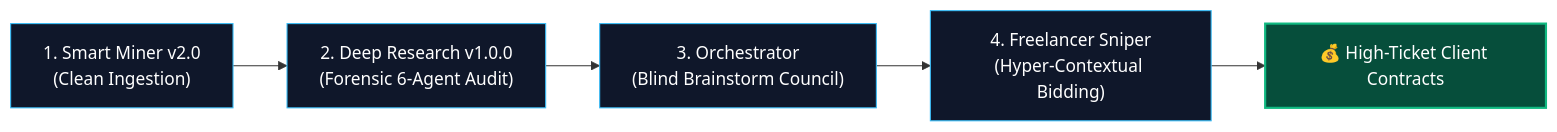
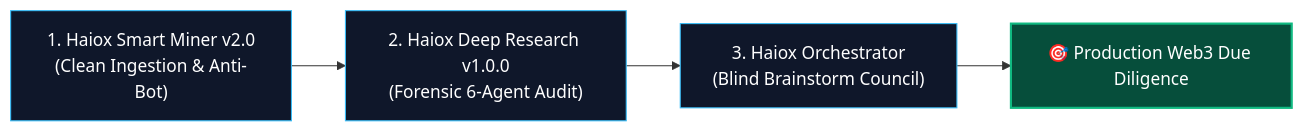
Before and after one commit to haiox/Haiox_Deep_Research: the first of 2 diagrams in README.md, drawn with Mermaid. The commit also changed other lines of this file, not shown here.

Commit message:
sec(opsec): scrub stealth freelance references from public architecture diagram

````diff
--- a/README.md
+++ b/README.md
@@ -16,11 +16,10 @@
 ```mermaid
 graph LR
     classDef step fill:#0f172a,stroke:#38bdf8,stroke-width:1px,color:#fff;
     classDef target fill:#064e3b,stroke:#10b981,stroke-width:2px,color:#fff;
 
-    P1["1. Smart Miner v2.0<br/>(Clean Ingestion)"]:::step 
-    --> P2["2. Deep Research v1.0.0<br/>(Forensic 6-Agent Audit)"]:::step
-    --> P3["3. Orchestrator<br/>(Blind Brainstorm Council)"]:::step
-    --> P4["4. Freelancer Sniper<br/>(Hyper-Contextual Bidding)"]:::step
-    --> WIN["💰 High-Ticket Client Contracts"]:::target
+    P1["1. Haiox Smart Miner v2.0<br/>(Clean Ingestion & Anti-Bot)"]:::step 
+    --> P2["2. Haiox Deep Research v1.0.0<br/>(Forensic 6-Agent Audit)"]:::step
+    --> P3["3. Haiox Orchestrator<br/>(Blind Brainstorm Council)"]:::step
+    --> GOAL["🎯 Production Web3 Due Diligence"]:::target
 ```
````
